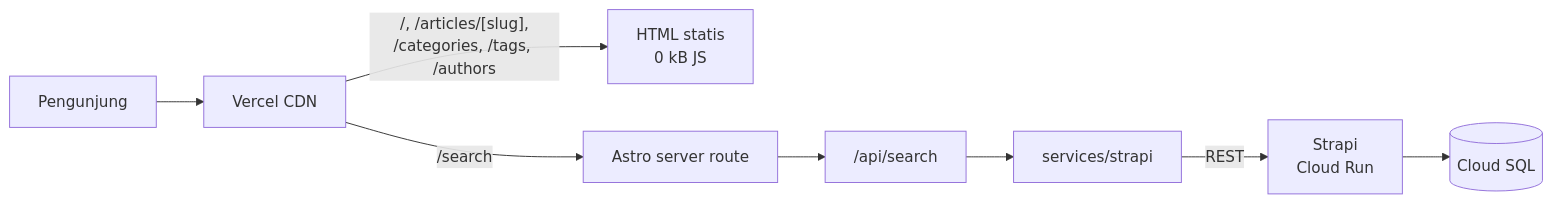
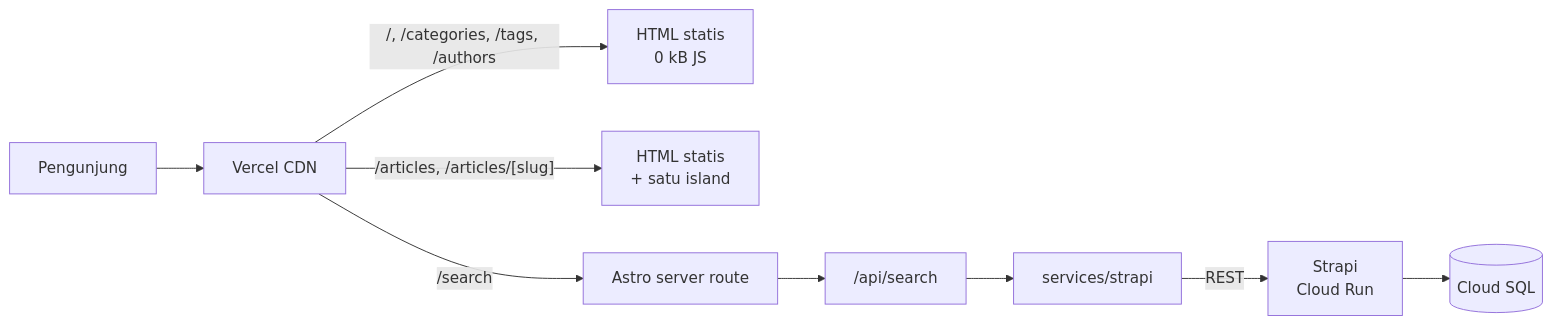
Before and after one commit to AnggaWikaNugraha/knowly-headless-cms: the second of 3 diagrams in docs/ARCHITECTURE.id.md, drawn with Mermaid. The commit also changed other lines of this file and 22 other files, not shown here.

````diff
--- a/docs/ARCHITECTURE.id.md
+++ b/docs/ARCHITECTURE.id.md
@@ -79,10 +79,11 @@
 ```mermaid
 flowchart LR
     U["Pengunjung"] --> CDN["Vercel CDN"]
-    CDN -->|"/, /articles/[slug],<br/>/categories, /tags, /authors"| H["HTML statis<br/>0 kB JS"]
+    CDN -->|"/, /categories, /tags, /authors"| H["HTML statis<br/>0 kB JS"]
+    CDN -->|"/articles, /articles/[slug]"| I["HTML statis<br/>+ satu island"]
     CDN -->|"/search"| F["Astro server route"]
     F --> API["/api/search"]
     API --> SL["services/strapi"]
     SL -->|"REST"| S["Strapi<br/>Cloud Run"]
     S --> DB[("Cloud SQL")]
 ```
````
